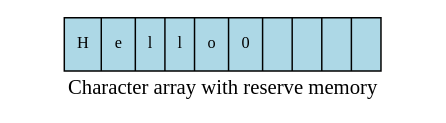
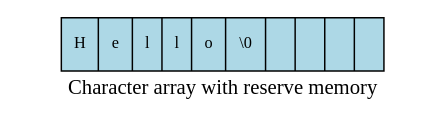
The third of 3 diagrams in _sources/pointers/pointers.rst (DaveParillo/intermediate-cpp), drawn with Graphviz before and after one commit. The commit also changed other lines of this file, not shown here.

```diff
--- a/_sources/pointers/pointers.rst
+++ b/_sources/pointers/pointers.rst
@@ -456,18 +537,18 @@
 .. graphviz::
 
    digraph c {
      rankdir=LR
      fontname = "Bitstream Vera Sans"
      label="Character array with reserve memory"
      node [
         fontname = "Bitstream Vera Sans"
         fontsize = 11
         shape = "record"
         style=filled
         fillcolor=lightblue
      ]
      arr [
-        label = "{H|e|l|l|o|\0| | | | }"
+        label = "{H|e|l|l|o|\\0| | | | }"
      ]
 
    }
```
